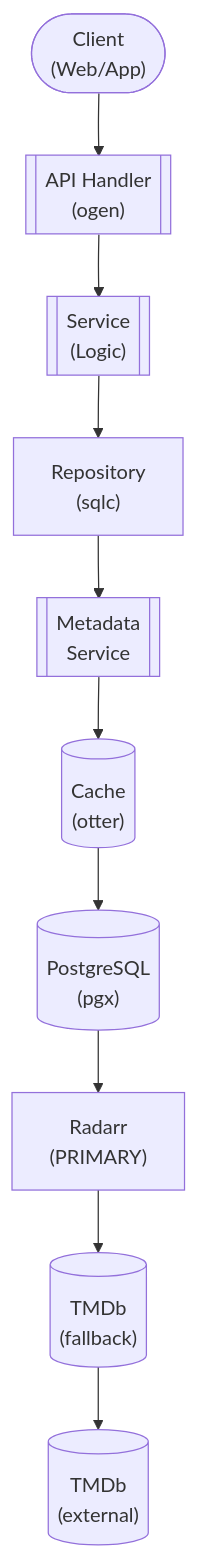
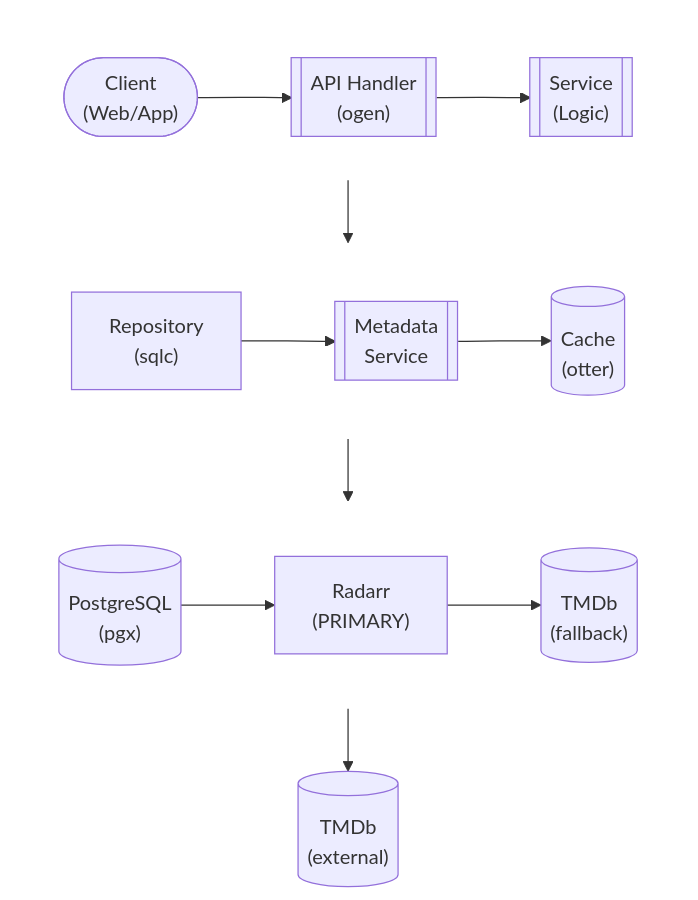
Before and after one commit to lusoris/revenge: the diagram in docs/dev/design/features/video/MOVIE_MODULE.md, drawn with Mermaid. The commit also changed 210 other files, not shown here.

First line of the commit message:
feat(docs): Add horizontal layout support for Mermaid diagrams

````diff
--- a/docs/dev/design/features/video/MOVIE_MODULE.md
+++ b/docs/dev/design/features/video/MOVIE_MODULE.md
@@ -58,22 +58,36 @@
 ```mermaid
 flowchart TD
-    node1(["Client<br/>(Web/App)"])
-    node2[["API Handler<br/>(ogen)"]]
-    node3[["Service<br/>(Logic)"]]
-    node4["Repository<br/>(sqlc)"]
-    node5[["Metadata<br/>Service"]]
-    node6[("Cache<br/>(otter)")]
-    node7[("PostgreSQL<br/>(pgx)")]
-    node8["Radarr<br/>(PRIMARY)"]
-    node9[("TMDb<br/>(fallback)")]
+    subgraph row1[ ]
+        direction LR
+        node1(["Client<br/>(Web/App)"])
+        node2[["API Handler<br/>(ogen)"]]
+        node3[["Service<br/>(Logic)"]]
+    end
+    subgraph row2[ ]
+        direction LR
+        node4["Repository<br/>(sqlc)"]
+        node5[["Metadata<br/>Service"]]
+        node6[("Cache<br/>(otter)")]
+    end
+    subgraph row3[ ]
+        direction LR
+        node7[("PostgreSQL<br/>(pgx)")]
+        node8["Radarr<br/>(PRIMARY)"]
+        node9[("TMDb<br/>(fallback)")]
+    end
     node10[("TMDb<br/>(external)")]
     node1 --> node2
     node2 --> node3
     node4 --> node5
     node5 --> node6
     node7 --> node8
     node8 --> node9
     node3 --> node4
     node6 --> node7
     node9 --> node10
+
+    %% Hide row subgraph borders
+    style row1 fill:transparent,stroke:transparent
+    style row2 fill:transparent,stroke:transparent
+    style row3 fill:transparent,stroke:transparent
 ```
````
